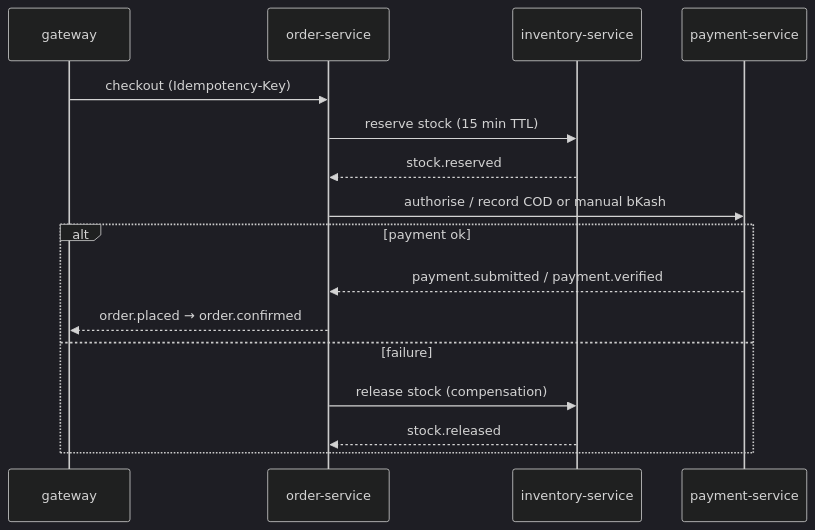
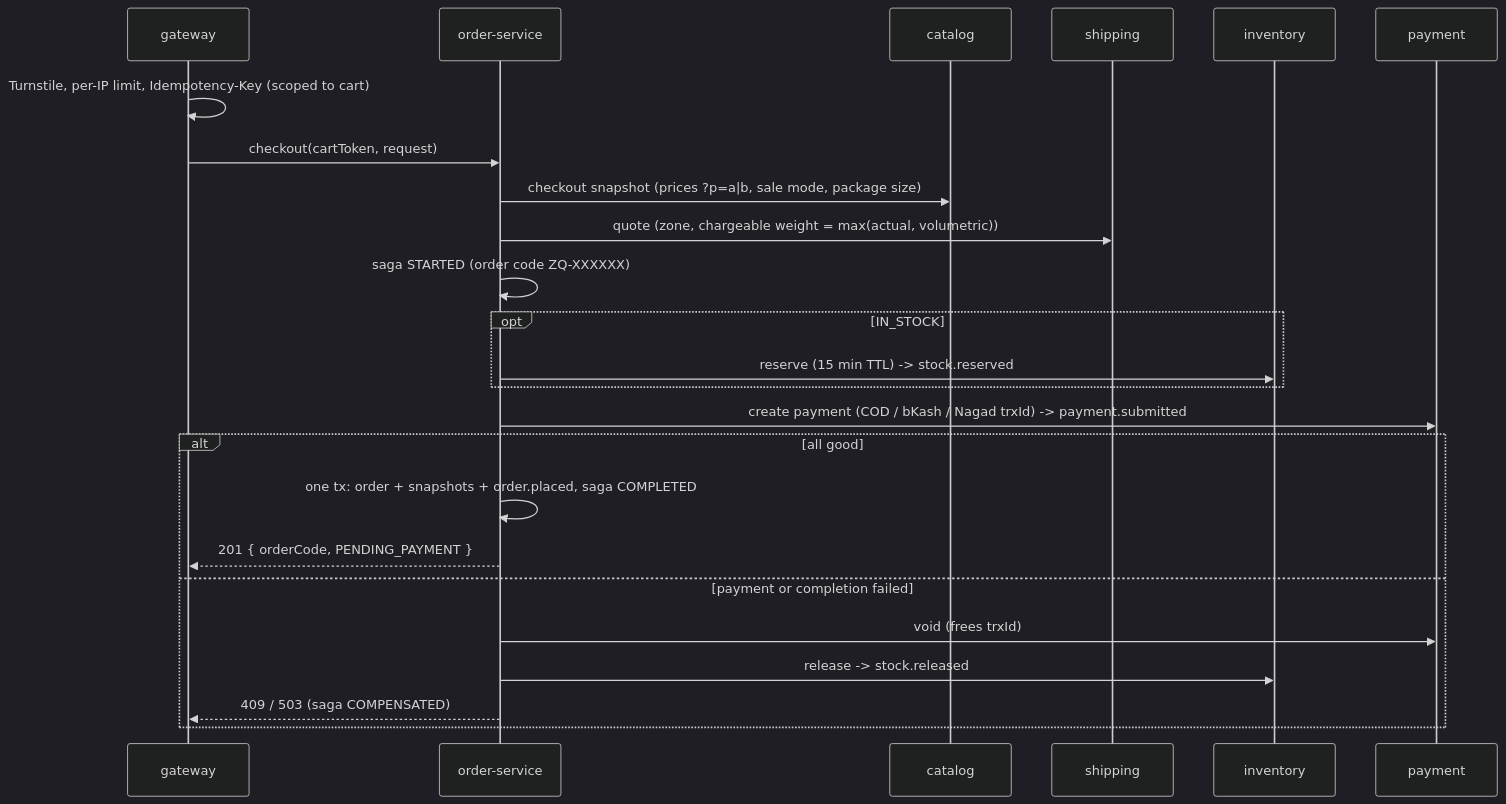
One commit to MD-ALL-SHAHRIA/ZELQUNE changed the second of 3 diagrams in docs/architecture.md. Above: the diagram before and after it, drawn with Mermaid (dark theme). The commit also changed other lines of this file and 129 other files, not shown here.

First line of the commit message:
feat(backend): orders, payments, inventory, shipping and checkout saga (step 1.2) (#20)

````diff
--- a/docs/architecture.md
+++ b/docs/architecture.md
@@ -85,18 +85,26 @@
 ```mermaid
 sequenceDiagram
   participant GW as gateway
   participant OR as order-service
-  participant IN as inventory-service
-  participant PA as payment-service
-  GW->>OR: checkout (Idempotency-Key)
-  OR->>IN: reserve stock (15 min TTL)
-  IN-->>OR: stock.reserved
-  OR->>PA: authorise / record COD or manual bKash
-  alt payment ok
-    PA-->>OR: payment.submitted / payment.verified
-    OR-->>GW: order.placed → order.confirmed
-  else failure
-    OR->>IN: release stock (compensation)
-    IN-->>OR: stock.released
+  participant CA as catalog
+  participant SH as shipping
+  participant IN as inventory
+  participant PA as payment
+  GW->>GW: Turnstile, per-IP limit, Idempotency-Key (scoped to cart)
+  GW->>OR: checkout(cartToken, request)
+  OR->>CA: checkout snapshot (prices ?p=a|b, sale mode, package size)
+  OR->>SH: quote (zone, chargeable weight = max(actual, volumetric))
+  OR->>OR: saga STARTED (order code ZQ-XXXXXX)
+  opt IN_STOCK
+    OR->>IN: reserve (15 min TTL) -> stock.reserved
+  end
+  OR->>PA: create payment (COD / bKash / Nagad trxId) -> payment.submitted
+  alt all good
+    OR->>OR: one tx: order + snapshots + order.placed, saga COMPLETED
+    OR-->>GW: 201 { orderCode, PENDING_PAYMENT }
+  else payment or completion failed
+    OR->>PA: void (frees trxId)
+    OR->>IN: release -> stock.released
+    OR-->>GW: 409 / 503 (saga COMPENSATED)
   end
 ```
````
